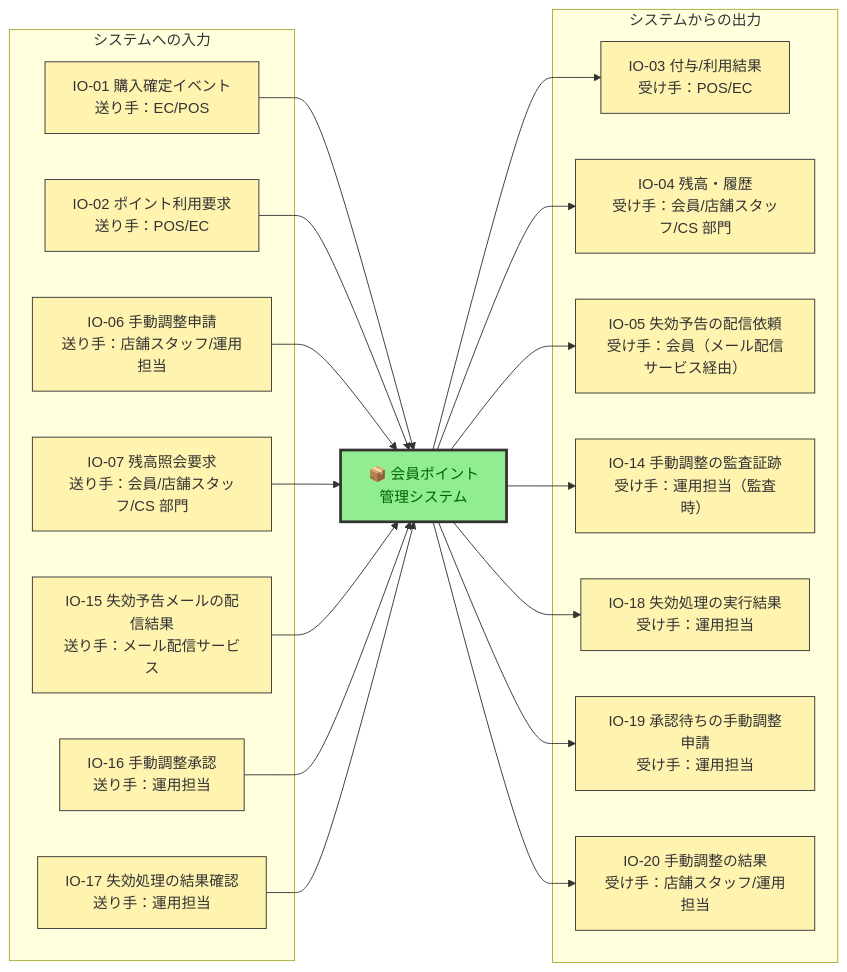
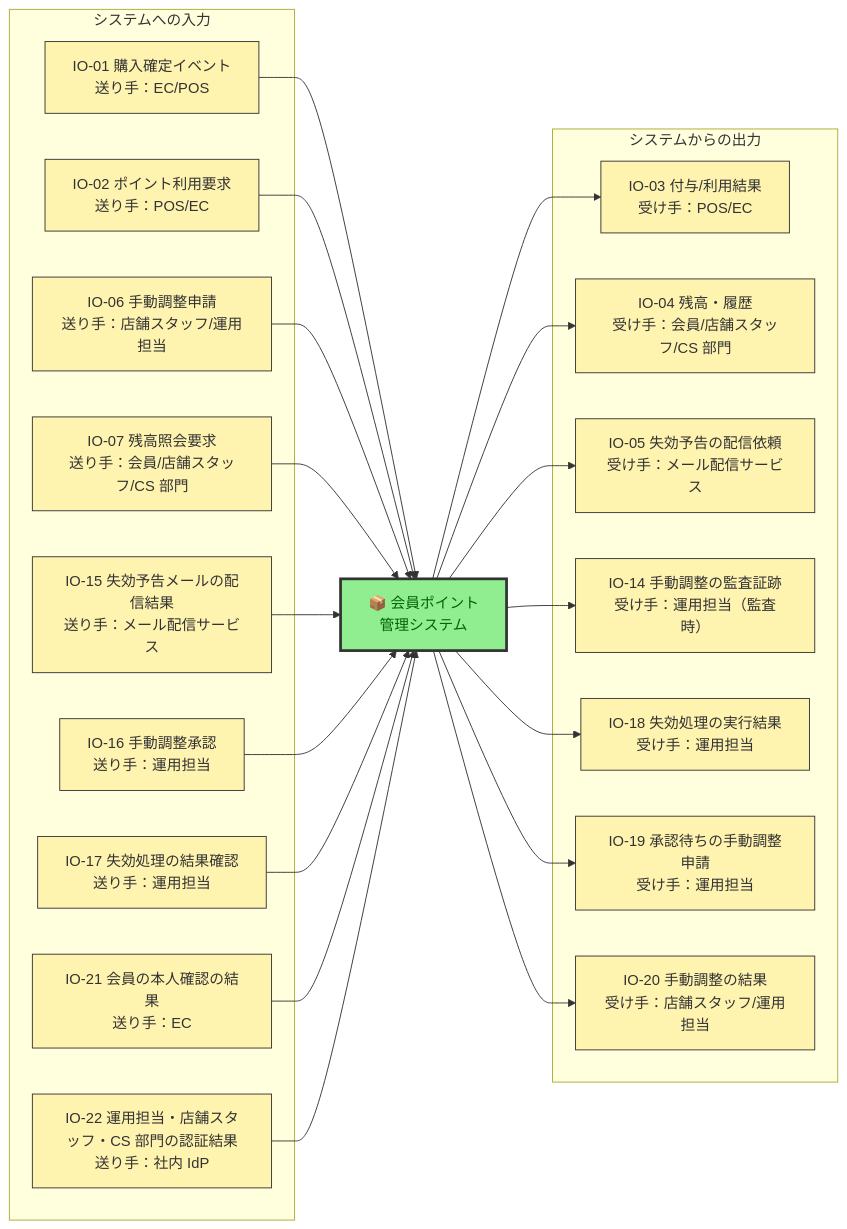
Before and after one commit to kasiopeiya/claude-dev-template: the first of 9 diagrams in samples/docs/requirements-detail.md, drawn with Mermaid. The commit also changed other lines of this file and 2 other files, not shown here.

````diff
--- a/samples/docs/requirements-detail.md
+++ b/samples/docs/requirements-detail.md
@@ -123,41 +126,45 @@
 ```mermaid
 flowchart LR
     subgraph IN["システムへの入力"]
       i1["IO-01 購入確定イベント<br/>送り手：EC/POS"]
       i2["IO-02 ポイント利用要求<br/>送り手：POS/EC"]
       i6["IO-06 手動調整申請<br/>送り手：店舗スタッフ/運用担当"]
       i7["IO-07 残高照会要求<br/>送り手：会員/店舗スタッフ/CS 部門"]
       i15["IO-15 失効予告メールの配信結果<br/>送り手：メール配信サービス"]
       i16["IO-16 手動調整承認<br/>送り手：運用担当"]
       i17["IO-17 失効処理の結果確認<br/>送り手：運用担当"]
+      i21["IO-21 会員の本人確認の結果<br/>送り手：EC"]
+      i22["IO-22 運用担当・店舗スタッフ・CS 部門の認証結果<br/>送り手：社内 IdP"]
     end
     sys["📦 会員ポイント<br/>管理システム"]
     subgraph OUT["システムからの出力"]
       o3["IO-03 付与/利用結果<br/>受け手：POS/EC"]
       o4["IO-04 残高・履歴<br/>受け手：会員/店舗スタッフ/CS 部門"]
-      o5["IO-05 失効予告の配信依頼<br/>受け手：会員（メール配信サービス経由）"]
+      o5["IO-05 失効予告の配信依頼<br/>受け手：メール配信サービス"]
       o14["IO-14 手動調整の監査証跡<br/>受け手：運用担当（監査時）"]
       o18["IO-18 失効処理の実行結果<br/>受け手：運用担当"]
       o19["IO-19 承認待ちの手動調整申請<br/>受け手：運用担当"]
       o20["IO-20 手動調整の結果<br/>受け手：店舗スタッフ/運用担当"]
     end
     i1 --> sys
     i2 --> sys
     i6 --> sys
     i7 --> sys
     i15 --> sys
     i16 --> sys
     i17 --> sys
+    i21 --> sys
+    i22 --> sys
     sys --> o3
     sys --> o4
     sys --> o5
     sys --> o14
     sys --> o18
     sys --> o19
     sys --> o20
 
     classDef internal fill:#90EE90,stroke:#333,stroke-width:3px,color:darkgreen
     classDef io fill:#FFF3B0,stroke:#333,stroke-width:1px,color:#333
     class sys internal
-    class i1,i2,i6,i7,i15,i16,i17,o3,o4,o5,o14,o18,o19,o20 io
+    class i1,i2,i6,i7,i15,i16,i17,i21,i22,o3,o4,o5,o14,o18,o19,o20 io
 ```
````
